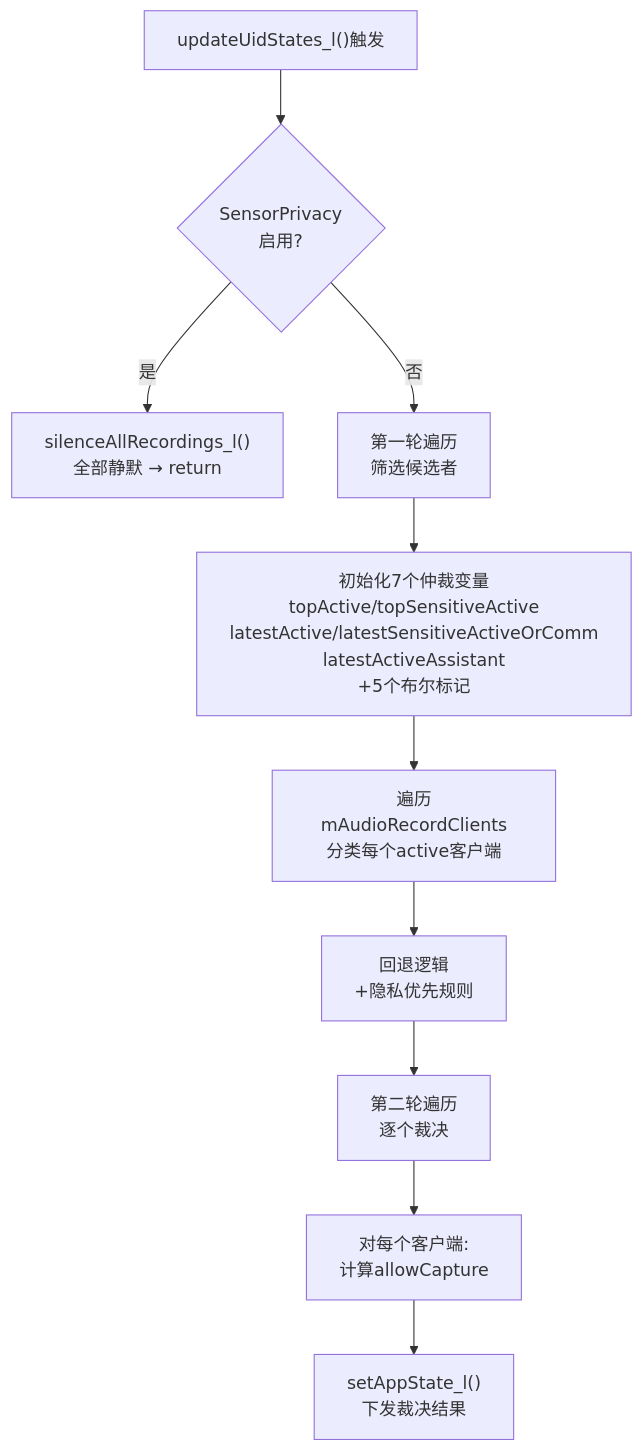
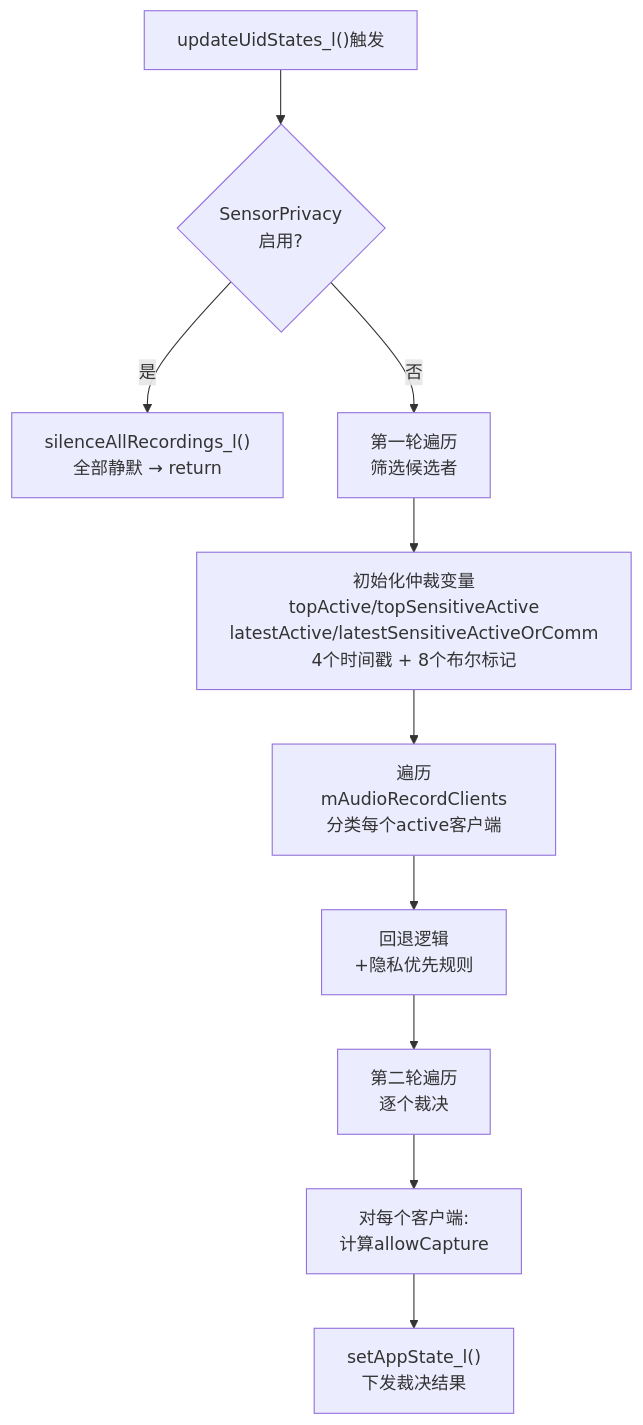
The first of 4 diagrams in 03_Java_Framework_Layer/03_3.9_录音并发仲裁机制-Concurrent_Capture.md (yanglinzhen1022/SA8295_AAOS_QNX_Audio_KnowledgeBase), drawn with Mermaid before and after one commit. The commit also changed other lines of this file and 6 other files, not shown here.

````diff
--- a/03_Java_Framework_Layer/03_3.9_录音并发仲裁机制-Concurrent_Capture.md
+++ b/03_Java_Framework_Layer/03_3.9_录音并发仲裁机制-Concurrent_Capture.md
@@ -61,12 +61,12 @@
 ```mermaid
 flowchart TB
     ENTRY["updateUidStates_l()触发"] --> SP{"SensorPrivacy<br>启用?"}
     SP -->|"是"| SILENCE["silenceAllRecordings_l()<br>全部静默 → return"]
     SP -->|"否"| R1["第一轮遍历<br>筛选候选者"]
-    R1 --> INIT["初始化7个仲裁变量<br>topActive/topSensitiveActive<br>latestActive/latestSensitiveActiveOrComm<br>latestActiveAssistant<br>+5个布尔标记"]
+    R1 --> INIT["初始化仲裁变量<br>topActive/topSensitiveActive<br>latestActive/latestSensitiveActiveOrComm<br>4个时间戳 + 8个布尔标记"]
     INIT --> LOOP1["遍历mAudioRecordClients<br>分类每个active客户端"]
     LOOP1 --> FALLBACK["回退逻辑<br>+隐私优先规则"]
     FALLBACK --> R2["第二轮遍历<br>逐个裁决"]
     R2 --> PERCLIENT["对每个客户端:<br>计算allowCapture"]
     PERCLIENT --> EXEC["setAppState_l()<br>下发裁决结果"]
 ```
````
